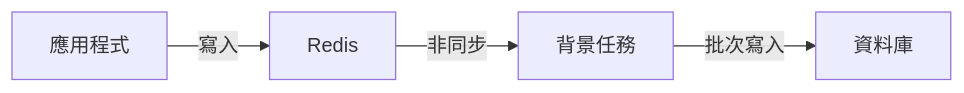
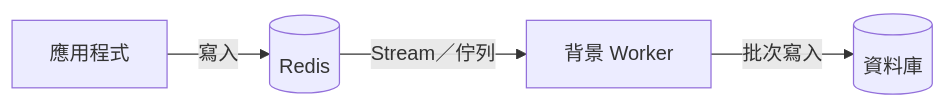
Diagram 12 of 30 in content/posts/教學/工具/Redis教學手冊.md (chihhung/Blog), drawn with Mermaid before and after one commit. The commit also changed other lines of this file and 10 other files, not shown here.

````diff
--- a/content/posts/教學/工具/Redis教學手冊.md
+++ b/content/posts/教學/工具/Redis教學手冊.md
@@ -1273,6 +2111,6 @@
 ```mermaid
 flowchart LR
-    A[應用程式] -->|寫入| B[Redis]
-    B -->|非同步| C[背景任務]
-    C -->|批次寫入| D[資料庫]
+    A[應用程式] -->|寫入| B[(Redis)]
+    B -->|Stream／佇列| C[背景 Worker]
+    C -->|批次寫入| D[(資料庫)]
 ```
````
